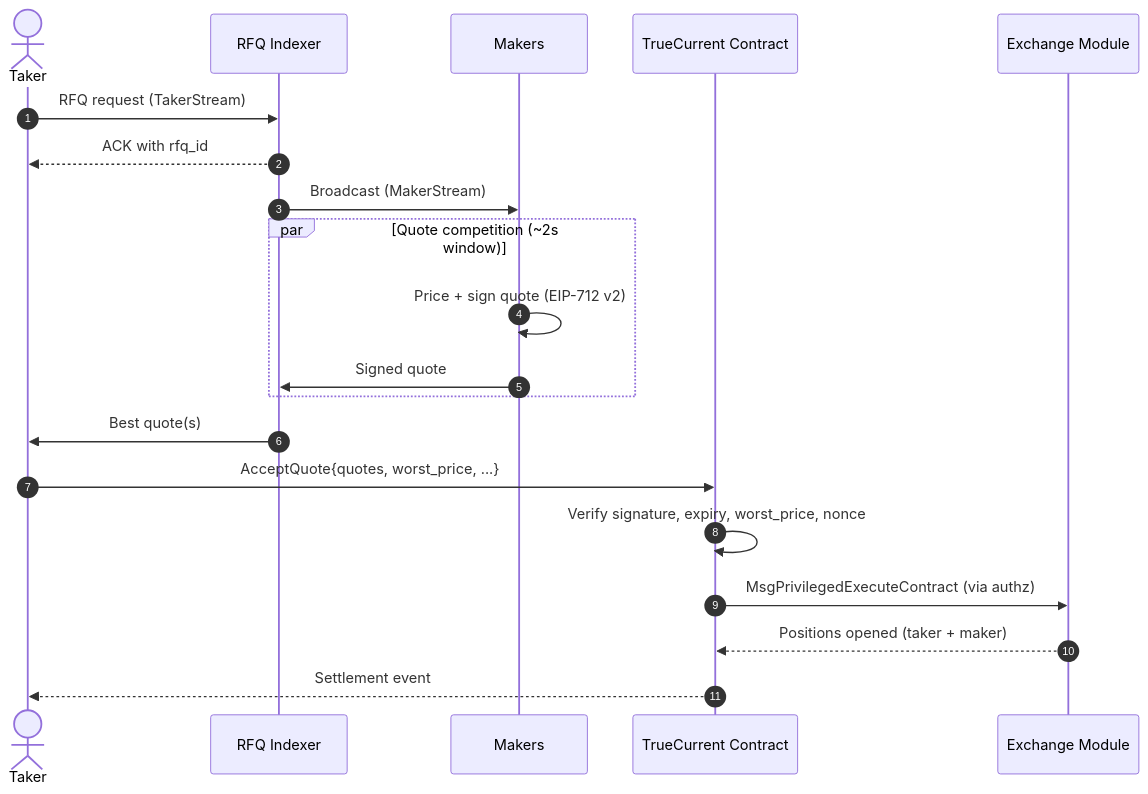
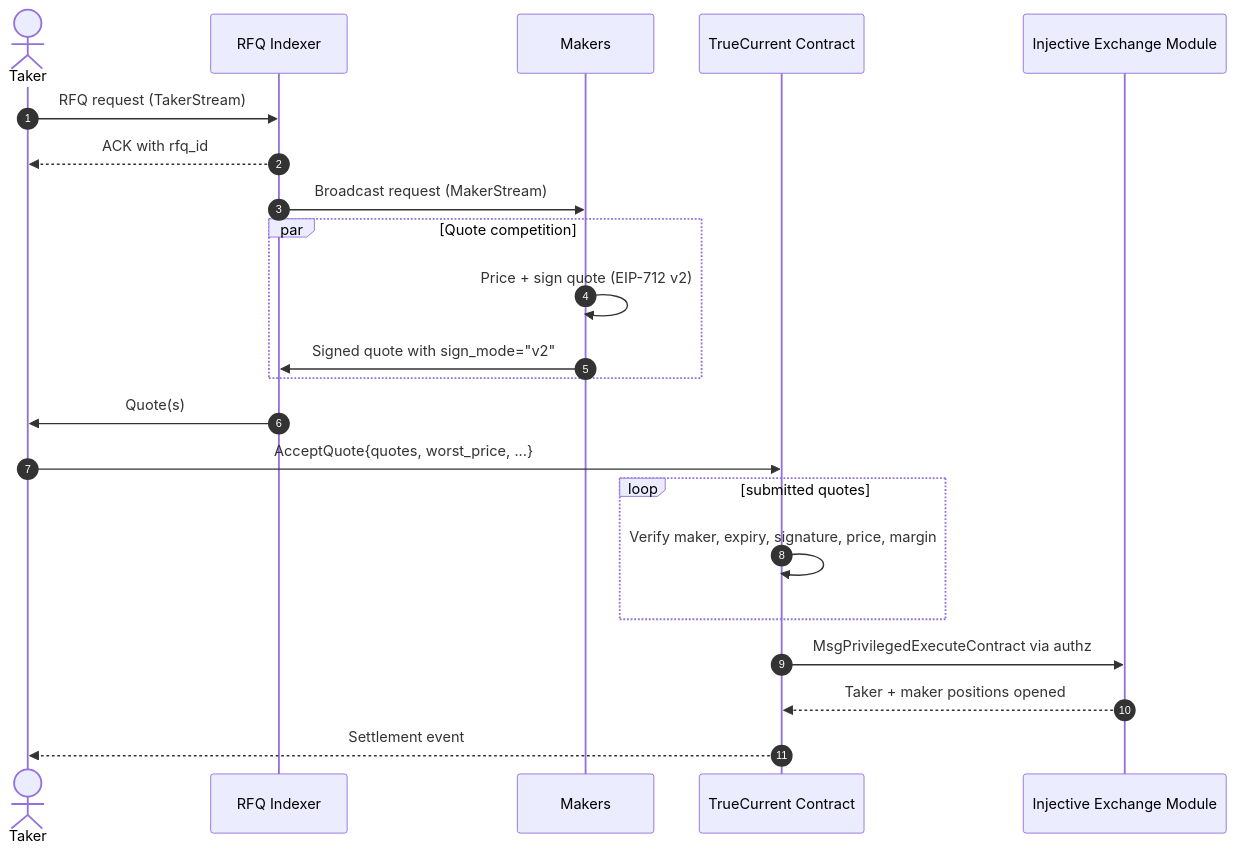
One commit to TrueCurrent/truecurrent-docs changed the first of 2 diagrams in mintlify/technical/how-rfq-works.md. Above: the diagram before and after it, drawn with Mermaid. The commit also changed other lines of this file and 3 other files, not shown here.

````diff
--- a/mintlify/technical/how-rfq-works.md
+++ b/mintlify/technical/how-rfq-works.md
@@ -13,26 +13,29 @@
 ```mermaid
 sequenceDiagram
     autonumber
     actor Taker
     participant Indexer as RFQ Indexer
-    participant MMs as Makers
+    participant Makers as Makers
     participant Contract as TrueCurrent Contract
-    participant Exchange as Exchange Module
+    participant Exchange as Injective Exchange Module
 
     Taker->>Indexer: RFQ request (TakerStream)
     Indexer-->>Taker: ACK with rfq_id
-    Indexer->>MMs: Broadcast (MakerStream)
+    Indexer->>Makers: Broadcast request (MakerStream)
 
-    par Quote competition (~2s window)
-        MMs->>MMs: Price + sign quote (EIP-712 v2)
-        MMs->>Indexer: Signed quote
+    par Quote competition
+        Makers->>Makers: Price + sign quote (EIP-712 v2)
+        Makers->>Indexer: Signed quote with sign_mode="v2"
     end
 
-    Indexer->>Taker: Best quote(s)
+    Indexer->>Taker: Quote(s)
     Taker->>Contract: AcceptQuote{quotes, worst_price, ...}
 
-    Contract->>Contract: Verify signature, expiry, worst_price, nonce
-    Contract->>Exchange: MsgPrivilegedExecuteContract (via authz)
-    Exchange-->>Contract: Positions opened (taker + maker)
+    loop submitted quotes
+        Contract->>Contract: Verify maker, expiry, signature, price, margin
+    end
+
+    Contract->>Exchange: MsgPrivilegedExecuteContract via authz
+    Exchange-->>Contract: Taker + maker positions opened
     Contract-->>Taker: Settlement event
 ```
````
